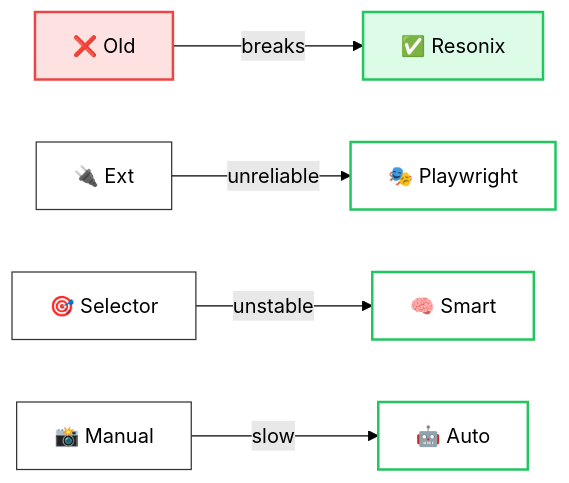
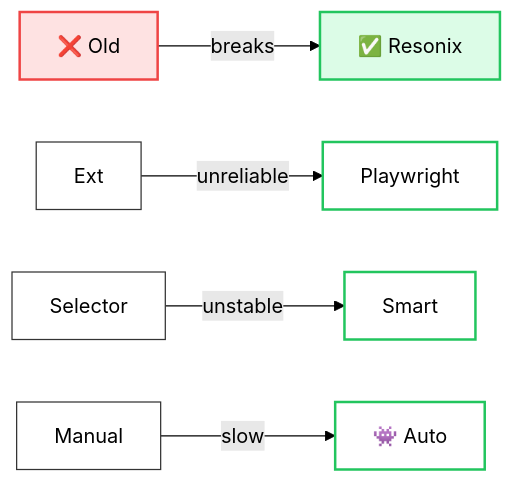
Before and after one commit to mangiapanejohn-dev/Resonix-AG: the third of 5 diagrams in README.md, drawn with Mermaid (forest theme). The commit also changed other lines of this file, not shown here.

````diff
--- a/README.md
+++ b/README.md
@@ -100,16 +100,16 @@
 ```mermaid
 flowchart LR
     OLD["❌ Old"] -->|breaks| NEW["✅ Resonix"]
-    EXT["🔌 Ext"] -->|unreliable| PW["🎭 Playwright"]
-    SEL["🎯 Selector"] -->|unstable| SMART["🧠 Smart"]
-    SS["📸 Manual"] -->|slow| AUTO["🤖 Auto"]
+    EXT["Ext"] -->|unreliable| PW["Playwright"]
+    SEL["Selector"] -->|unstable| SMART["Smart"]
+    SS["Manual"] -->|slow| AUTO["👾 Auto"]
 
     style OLD fill:#fee2e2,stroke:#ef4444,stroke-width:2,color:#000
     style NEW fill:#dcfce7,stroke:#22c55e,stroke-width:2,color:#000
     style EXT fill:#fff,stroke:#333,stroke-width:1,color:#000
     style PW fill:#fff,stroke:#22c55e,stroke-width:2,color:#000
     style SEL fill:#fff,stroke:#333,stroke-width:1,color:#000
     style SMART fill:#fff,stroke:#22c55e,stroke-width:2,color:#000
     style SS fill:#fff,stroke:#333,stroke-width:1,color:#000
     style AUTO fill:#fff,stroke:#22c55e,stroke-width:2,color:#000
 ```
````
